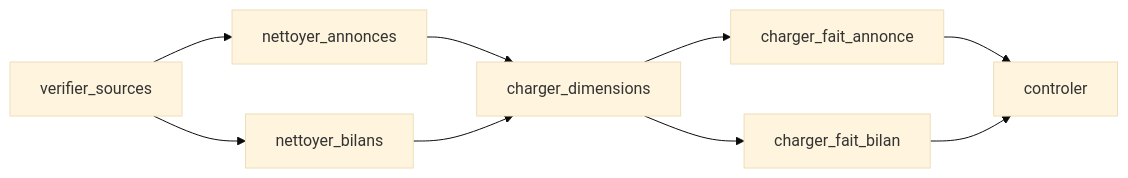
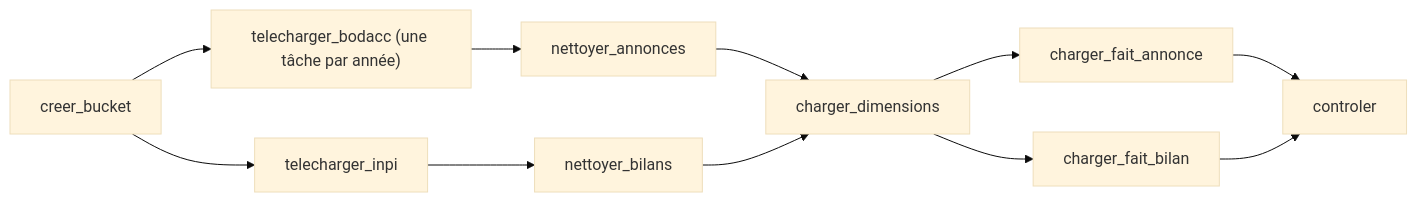
One commit to DavidCarry/Processus-decisionnel-et-modeles-de-donnees changed the second of 4 diagrams in exercice-3/README.md. Above: the diagram before and after it, drawn with Mermaid (base theme). The commit also changed other lines of this file and 7 other files, not shown here.

````diff
--- a/exercice-3/README.md
+++ b/exercice-3/README.md
@@ -67,7 +65,9 @@
 ```mermaid
 flowchart LR
-    V[verifier_sources] --> NA[nettoyer_annonces] & NB[nettoyer_bilans]
+    CB[creer_bucket] --> TB["telecharger_bodacc (une tâche par année)"] & TI[telecharger_inpi]
+    TB --> NA[nettoyer_annonces]
+    TI --> NB[nettoyer_bilans]
     NA & NB --> CD[charger_dimensions]
     CD --> FA[charger_fait_annonce] & FB[charger_fait_bilan]
     FA & FB --> CT[controler]
 ```
````
